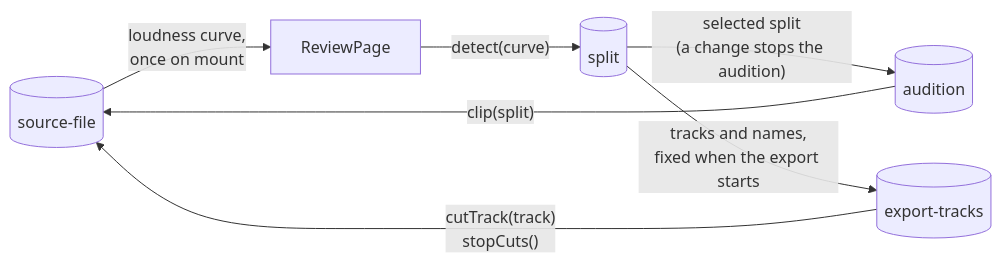
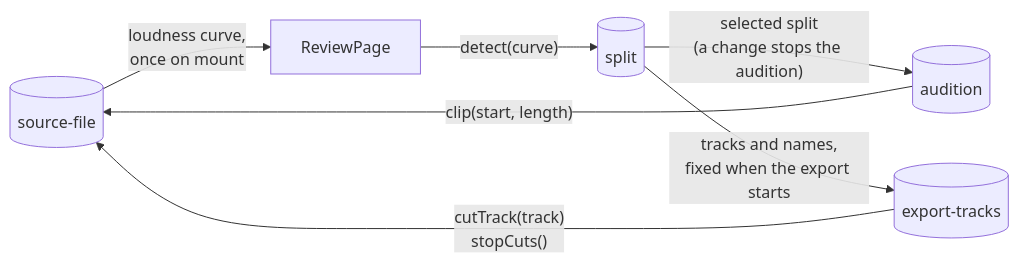
Before and after one commit to suleymanyaryev/audio-splitter: the first of 6 diagrams in docs/architecture.md, drawn with Mermaid. The commit also changed other lines of this file and 8 other files, not shown here.

Commit message:
refactor: clip by start and length, and measure a 10 min clip in the browser

````diff
--- a/docs/architecture.md
+++ b/docs/architecture.md
@@ -18,15 +18,15 @@
 ```mermaid
 flowchart LR
   sourceFile[("source-file")]
   split[("split")]
   audition[("audition")]
   exporter[("export-tracks")]
   reviewPage["ReviewPage"]
 
   sourceFile -- "loudness curve,<br/>once on mount" --> reviewPage
   reviewPage -- "detect(curve)" --> split
   split -- "selected split<br/>(a change stops the audition)" --> audition
-  audition -- "clip(split)" --> sourceFile
+  audition -- "clip(start, length)" --> sourceFile
   split -- "tracks and names,<br/>fixed when the export starts" --> exporter
   exporter -- "cutTrack(track)<br/>stopCuts()" --> sourceFile
 ```
````
